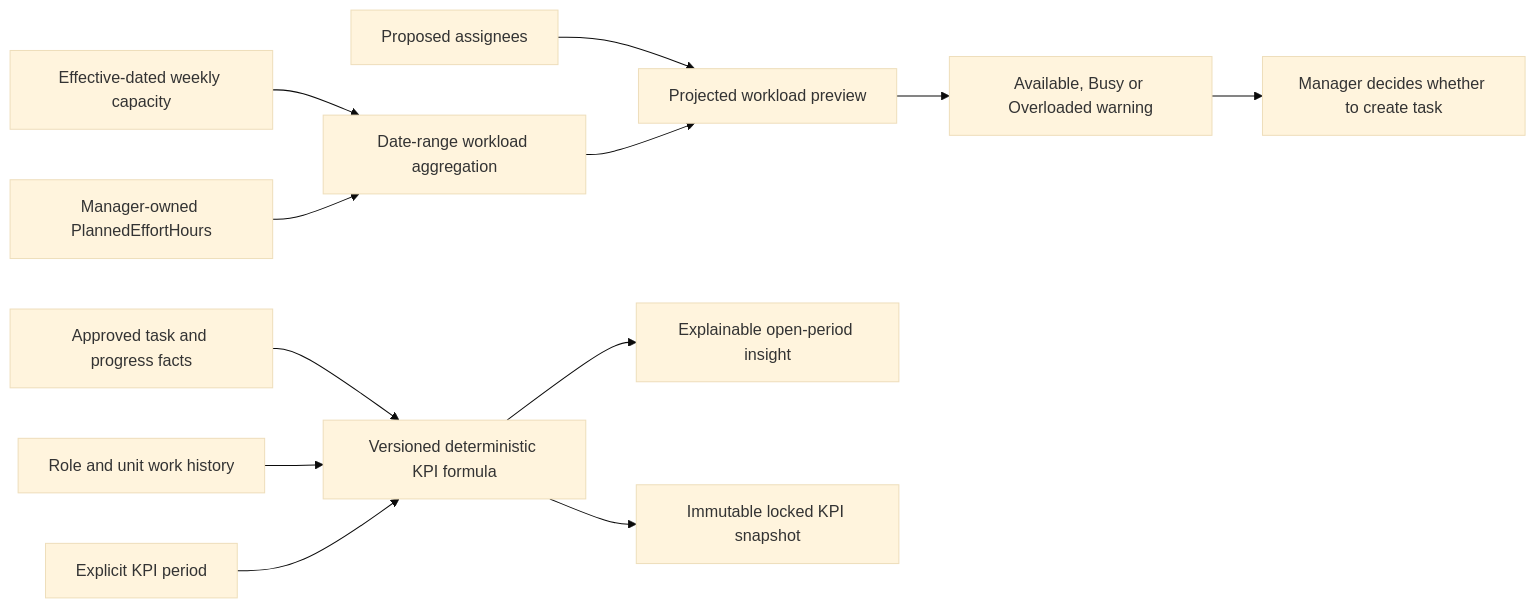
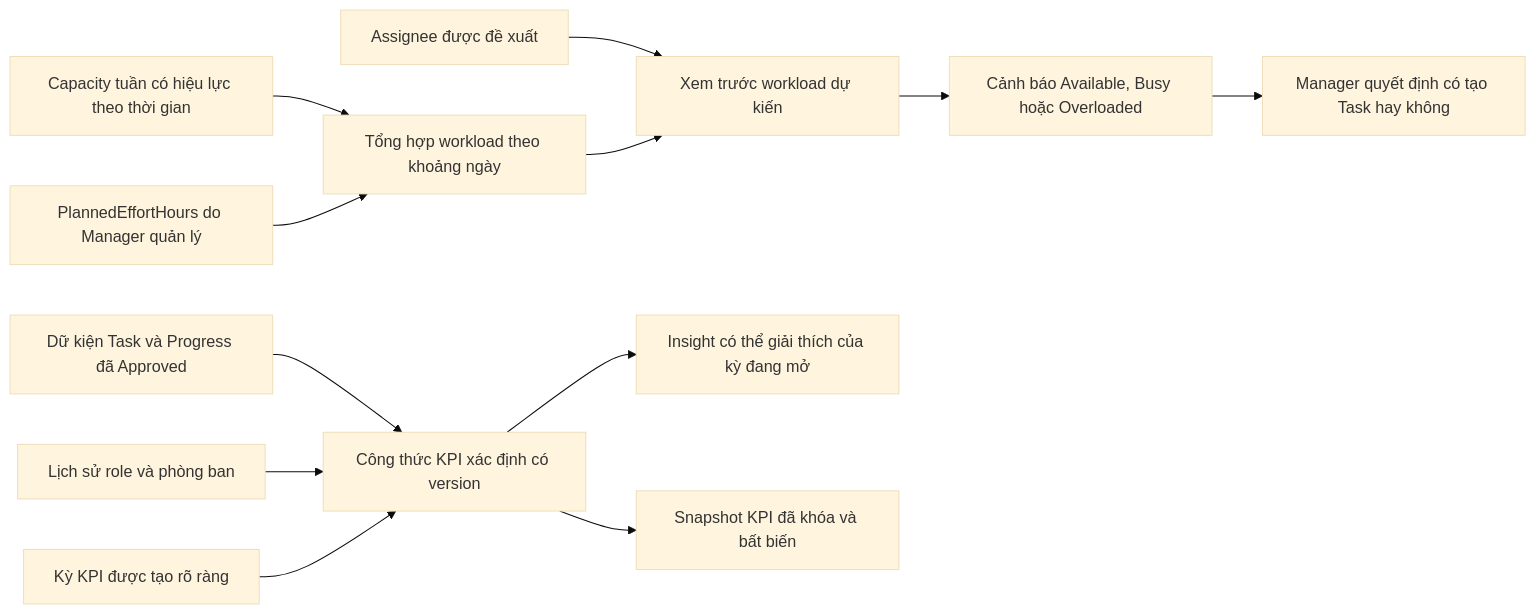
One commit to Giapnocap/work-management-system-backend changed the sixth of 6 diagrams in docs/domain-workflows.md. Above: the diagram before and after it, drawn with Mermaid (base theme). The commit also changed other lines of this file and 7 other files, not shown here.

````diff
--- a/docs/domain-workflows.md
+++ b/docs/domain-workflows.md
@@ -113,15 +113,15 @@
 ```mermaid
 flowchart LR
-    Capacity[Effective-dated weekly capacity] --> Workload[Date-range workload aggregation]
-    Planned[Manager-owned PlannedEffortHours] --> Workload
-    Assignment[Proposed assignees] --> Preview[Projected workload preview]
+    Capacity[Capacity tuần có hiệu lực theo thời gian] --> Workload[Tổng hợp workload theo khoảng ngày]
+    Planned[PlannedEffortHours do Manager quản lý] --> Workload
+    Assignment[Assignee được đề xuất] --> Preview[Xem trước workload dự kiến]
     Workload --> Preview
-    Preview --> Warning[Available, Busy or Overloaded warning]
-    Warning --> Create[Manager decides whether to create task]
+    Preview --> Warning[Cảnh báo Available, Busy hoặc Overloaded]
+    Warning --> Create[Manager quyết định có tạo Task hay không]
 
-    Approved[Approved task and progress facts] --> Formula[Versioned deterministic KPI formula]
-    History[Role and unit work history] --> Formula
-    Period[Explicit KPI period] --> Formula
-    Formula --> Open[Explainable open-period insight]
-    Formula --> Snapshot[Immutable locked KPI snapshot]
+    Approved[Dữ kiện Task và Progress đã Approved] --> Formula[Công thức KPI xác định có version]
+    History[Lịch sử role và phòng ban] --> Formula
+    Period[Kỳ KPI được tạo rõ ràng] --> Formula
+    Formula --> Open[Insight có thể giải thích của kỳ đang mở]
+    Formula --> Snapshot[Snapshot KPI đã khóa và bất biến]
 ```
````
